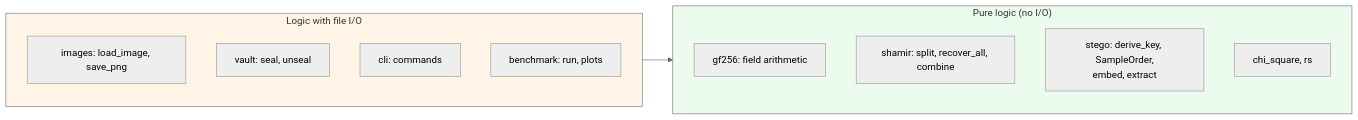
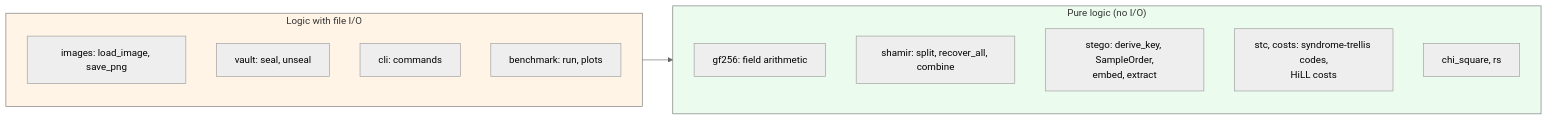
One commit to Just-Ipavon/shardpix changed the diagram in docs/03-function-reference.md. Above: the diagram before and after it, drawn with Mermaid (neutral theme). The commit also changed other lines of this file and 8 other files, not shown here.

````diff
--- a/docs/03-function-reference.md
+++ b/docs/03-function-reference.md
@@ -30,21 +30,22 @@
 ```mermaid
 graph LR
     subgraph pure["Pure logic (no I/O)"]
         P1["gf256: field arithmetic"]
         P2["shamir: split, recover_all, combine"]
         P3["stego: derive_key, SampleOrder,<br/>embed, extract"]
+        P5["stc, costs: syndrome-trellis codes,<br/>HiLL costs"]
         P4["chi_square, rs"]
     end
 
     subgraph io["Logic with file I/O"]
         I1["images: load_image, save_png"]
         I2["vault: seal, unseal"]
         I3["cli: commands"]
         I4["benchmark: run, plots"]
     end
 
     io --> pure
 
     style pure fill:#ebfbee
     style io fill:#fff4e6
 ```
````
